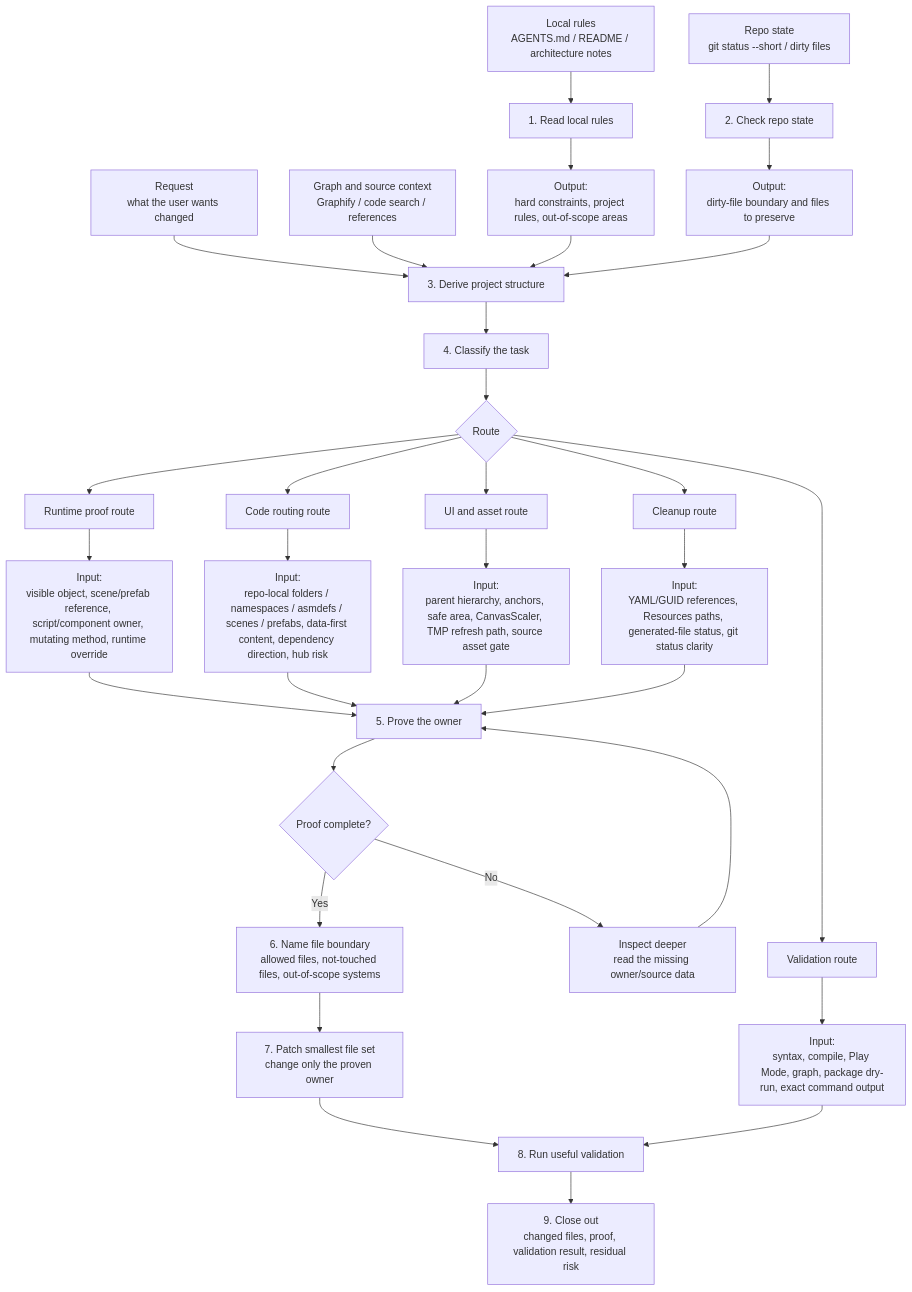
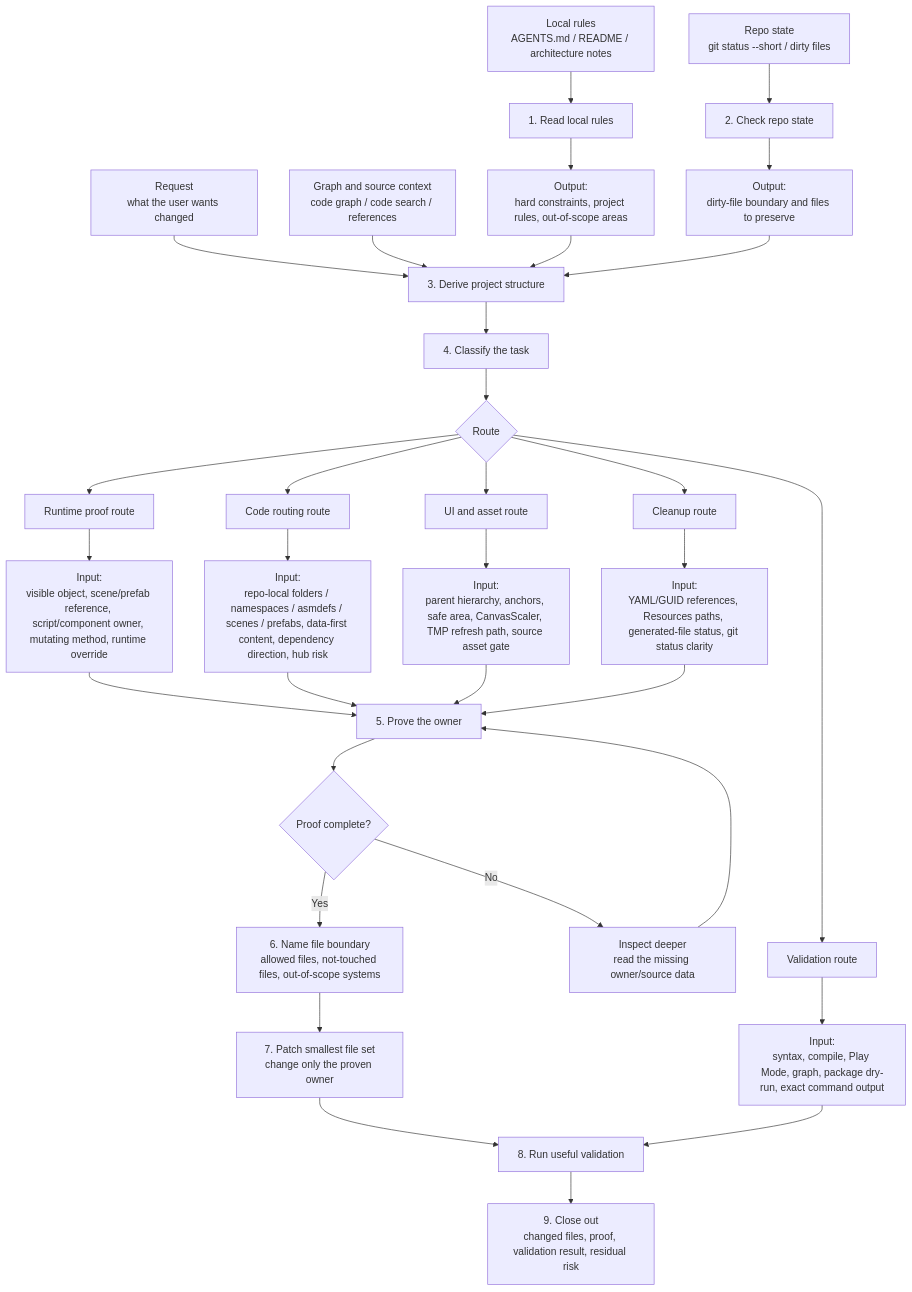
One commit to AUN-PN/unity-agent-workflows changed the second of 2 diagrams in README.md. Above: the diagram before and after it, drawn with Mermaid. The commit also changed other lines of this file and 33 other files, not shown here.

````diff
--- a/README.md
+++ b/README.md
@@ -137,43 +137,43 @@
 ```mermaid
 flowchart TD
     A["Request<br/>what the user wants changed"] --> D["3. Derive project structure"]
     B["Local rules<br/>AGENTS.md / README / architecture notes"] --> R["1. Read local rules"]
     S["Repo state<br/>git status --short / dirty files"] --> G["2. Check repo state"]
-    M["Graph and source context<br/>Graphify / code search / references"] --> D
+    M["Graph and source context<br/>code graph / code search / references"] --> D
 
     R --> R1["Output:<br/>hard constraints, project rules, out-of-scope areas"]
     G --> G1["Output:<br/>dirty-file boundary and files to preserve"]
     R1 --> D
     G1 --> D
     D --> C["4. Classify the task"]
 
     C --> C1{"Route"}
     C1 --> RP["Runtime proof route"]
     C1 --> CR["Code routing route"]
     C1 --> UI["UI and asset route"]
     C1 --> VA["Validation route"]
     C1 --> CL["Cleanup route"]
 
     RP --> RP1["Input:<br/>visible object, scene/prefab reference, script/component owner, mutating method, runtime override"]
     RP1 --> O["5. Prove the owner"]
 
     CR --> CR1["Input:<br/>repo-local folders / namespaces / asmdefs / scenes / prefabs, data-first content, dependency direction, hub risk"]
     CR1 --> O
 
     UI --> UI1["Input:<br/>parent hierarchy, anchors, safe area, CanvasScaler, TMP refresh path, source asset gate"]
     UI1 --> O
 
     CL --> CL1["Input:<br/>YAML/GUID references, Resources paths, generated-file status, git status clarity"]
     CL1 --> O
 
     O --> P{"Proof complete?"}
     P -- "No" --> X["Inspect deeper<br/>read the missing owner/source data"]
     X --> O
     P -- "Yes" --> F["6. Name file boundary<br/>allowed files, not-touched files, out-of-scope systems"]
 
     F --> H["7. Patch smallest file set<br/>change only the proven owner"]
     VA --> V1["Input:<br/>syntax, compile, Play Mode, graph, package dry-run, exact command output"]
     H --> V["8. Run useful validation"]
     V1 --> V
     V --> Z["9. Close out<br/>changed files, proof, validation result, residual risk"]
 ```
````
